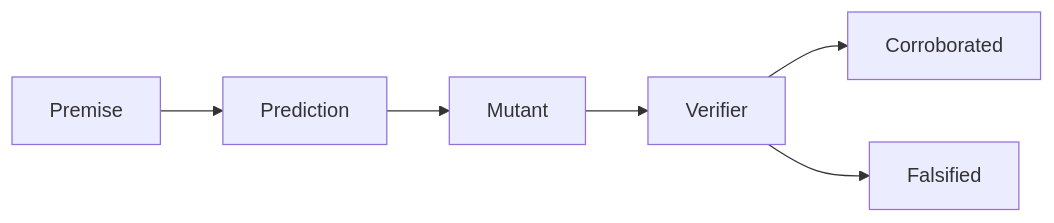
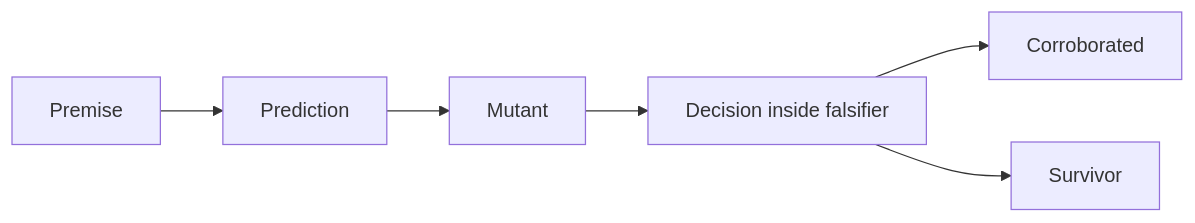
One commit to wetware-hq/catalog changed the first of 2 diagrams in docs/falsify.md. Above: the diagram before and after it, drawn with Mermaid. The commit also changed other lines of this file and 29 other files, not shown here.

First line of the commit message:
Fold the verifier into the Markdown falsifier.

````diff
--- a/docs/falsify.md
+++ b/docs/falsify.md
@@ -83,8 +90,8 @@
 ```mermaid
 flowchart LR
     P[Premise] --> R[Prediction]
     R --> M[Mutant]
-    M --> V[Verifier]
-    V --> C[Corroborated]
-    V --> F[Falsified]
+    M --> D[Decision inside falsifier]
+    D --> C[Corroborated]
+    D --> S[Survivor]
 ```
````
